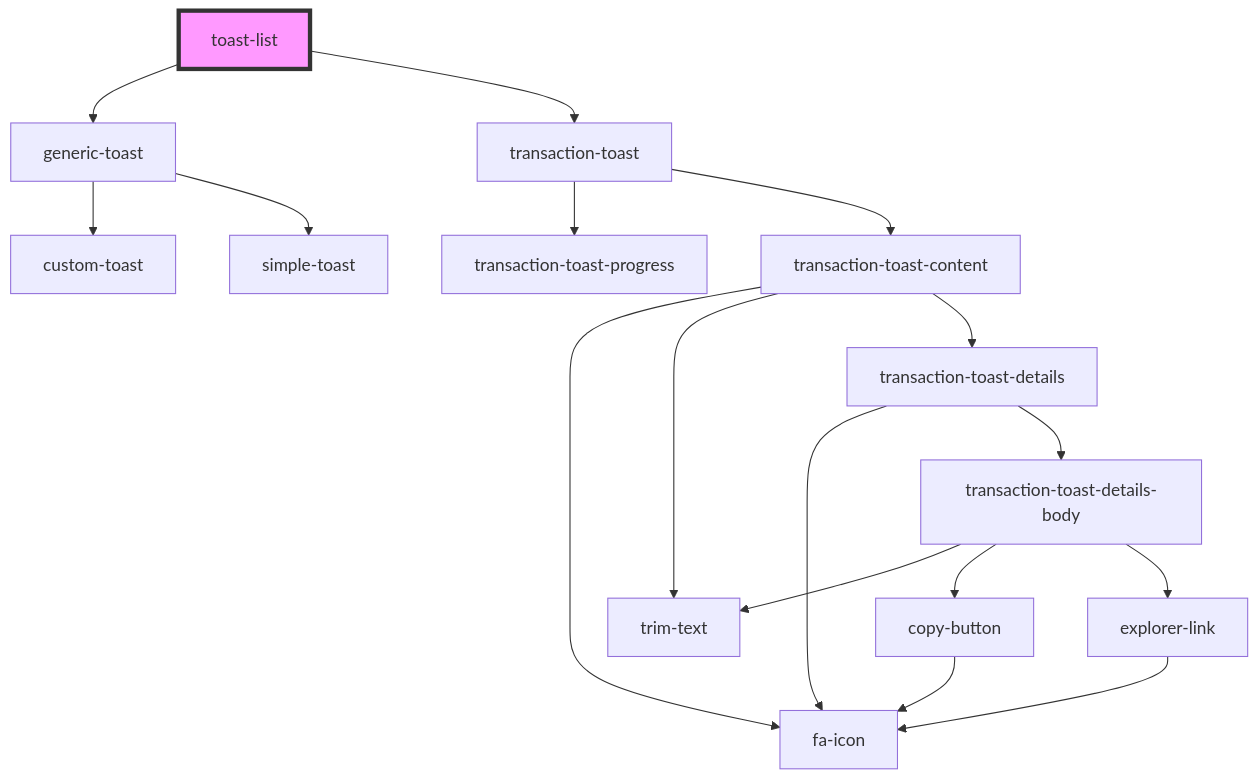
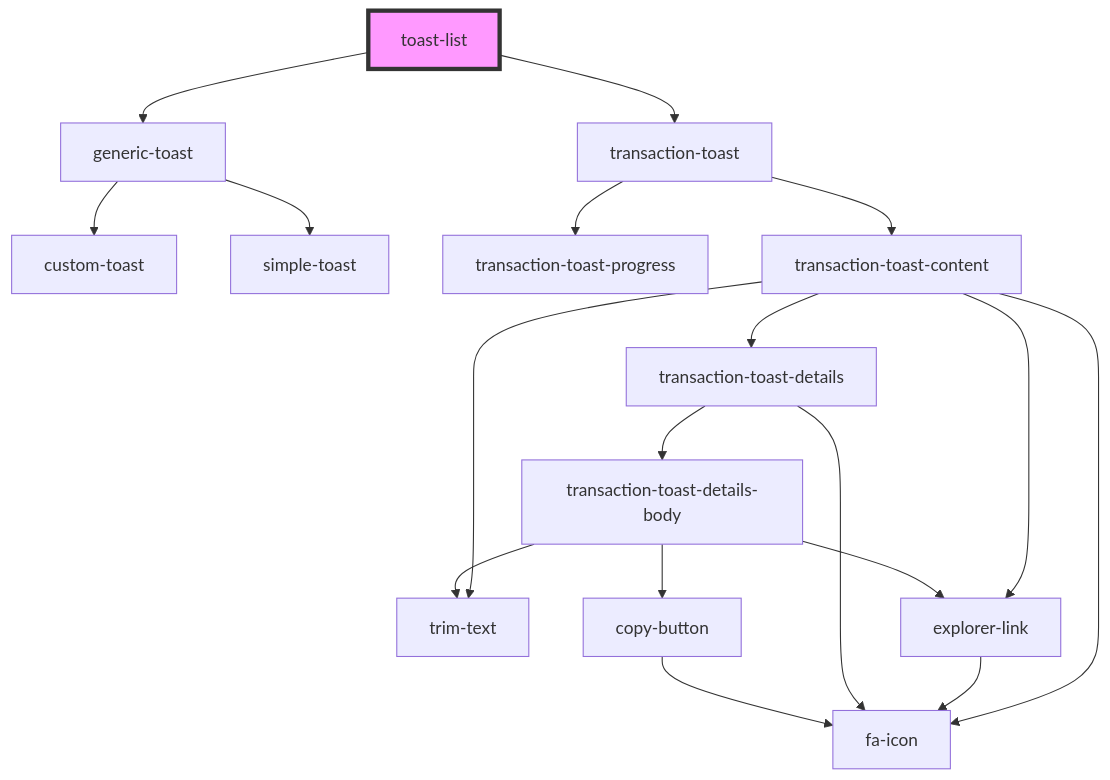
The diagram in src/components/functional/toasts-list/readme.md (multiversx/mx-sdk-dapp-ui), drawn with Mermaid before and after one commit. The commit also changed 22 other files, not shown here.

````diff
--- a/src/components/functional/toasts-list/readme.md
+++ b/src/components/functional/toasts-list/readme.md
@@ -35,20 +35,21 @@
 ```mermaid
 graph TD;
   toast-list --> generic-toast
   toast-list --> transaction-toast
   generic-toast --> custom-toast
   generic-toast --> simple-toast
   transaction-toast --> transaction-toast-progress
   transaction-toast --> transaction-toast-content
   transaction-toast-content --> fa-icon
   transaction-toast-content --> trim-text
+  transaction-toast-content --> explorer-link
   transaction-toast-content --> transaction-toast-details
+  explorer-link --> fa-icon
   transaction-toast-details --> fa-icon
   transaction-toast-details --> transaction-toast-details-body
   transaction-toast-details-body --> trim-text
   transaction-toast-details-body --> copy-button
   transaction-toast-details-body --> explorer-link
   copy-button --> fa-icon
-  explorer-link --> fa-icon
   style toast-list fill:#f9f,stroke:#333,stroke-width:4px
 ```
````
